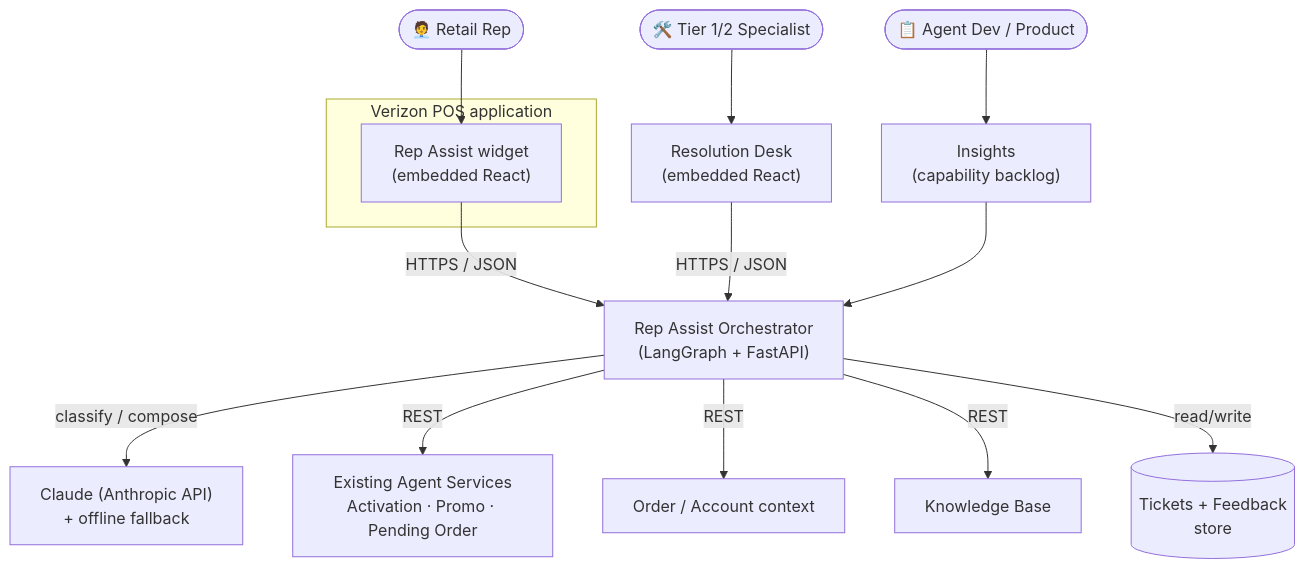
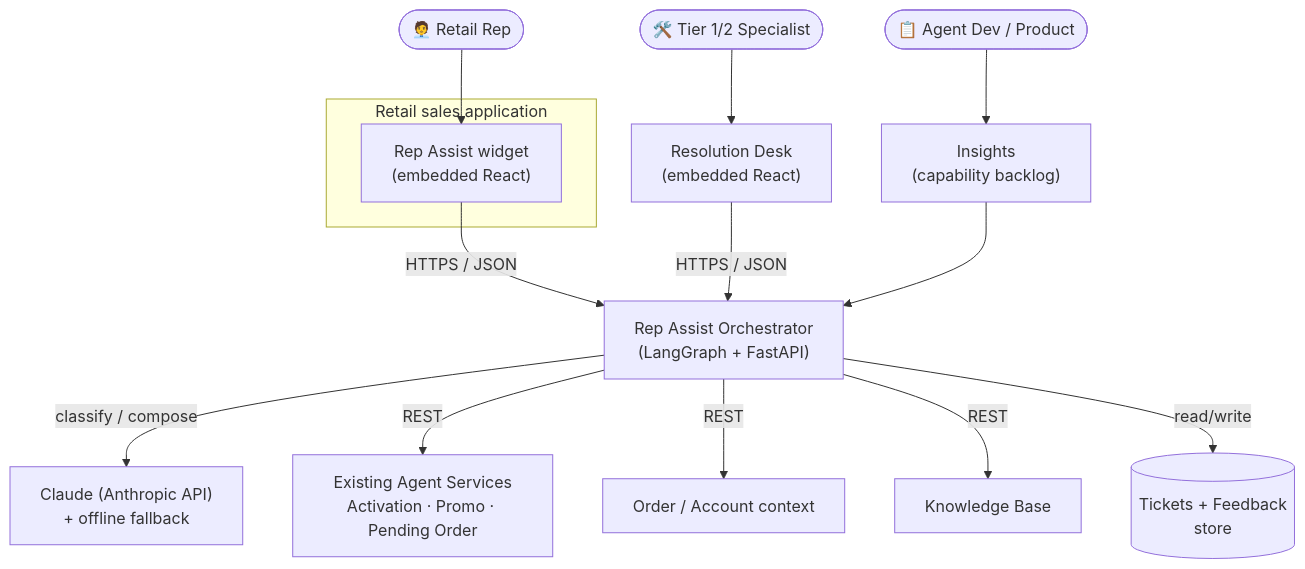
The first of 6 diagrams in docs/01-solution-architecture.md (gmilhon/RepAssist), drawn with Mermaid before and after one commit. The commit also changed other lines of this file and 8 other files, not shown here.

````diff
--- a/docs/01-solution-architecture.md
+++ b/docs/01-solution-architecture.md
@@ -9,19 +9,19 @@
 ```mermaid
 flowchart TB
-    subgraph POS["Verizon POS application"]
+    subgraph RetailApp["Retail sales application"]
         Widget["Rep Assist widget<br/>(embedded React)"]
     end
     Rep(["🧑‍💼 Retail Rep"]) --> Widget
     Widget -->|HTTPS / JSON| Orch["Rep Assist Orchestrator<br/>(LangGraph + FastAPI)"]
 
     Orch -->|classify / compose| LLM["Claude (Anthropic API)<br/>+ offline fallback"]
     Orch -->|REST| AGT["Existing Agent Services<br/>Activation · Promo · Pending Order"]
     Orch -->|REST| ORD["Order / Account context"]
     Orch -->|REST| KB["Knowledge Base"]
     Orch -->|read/write| DB[("Tickets + Feedback<br/>store")]
 
     Tier(["🛠️ Tier 1/2 Specialist"]) --> Desk["Resolution Desk<br/>(embedded React)"]
     Desk -->|HTTPS / JSON| Orch
     Lead(["📋 Agent Dev / Product"]) --> Insights["Insights<br/>(capability backlog)"]
     Insights --> Orch
 ```
````
